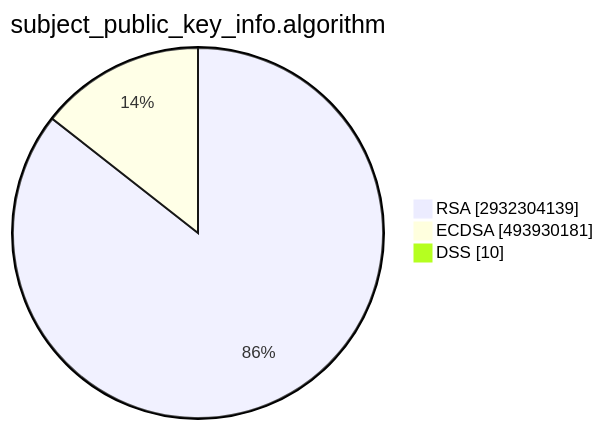
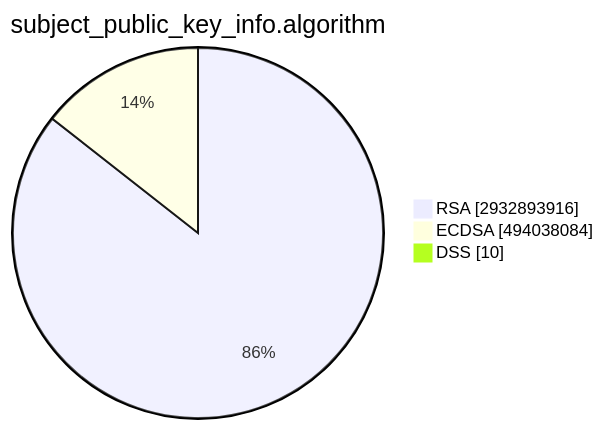
The second of 15 diagrams in TOTAL/README.md (christiankrug/ctmonitor_visualization), drawn with Mermaid before and after one commit. The commit also changed other lines of this file, not shown here.

````diff
--- a/TOTAL/README.md
+++ b/TOTAL/README.md
@@ -6,7 +6,7 @@
 ```mermaid
 pie showData
 title subject_public_key_info.algorithm
-"RSA" :2932304139
-"ECDSA" :493930181
+"RSA" :2932893916
+"ECDSA" :494038084
 "DSS" :10
 ```
````
